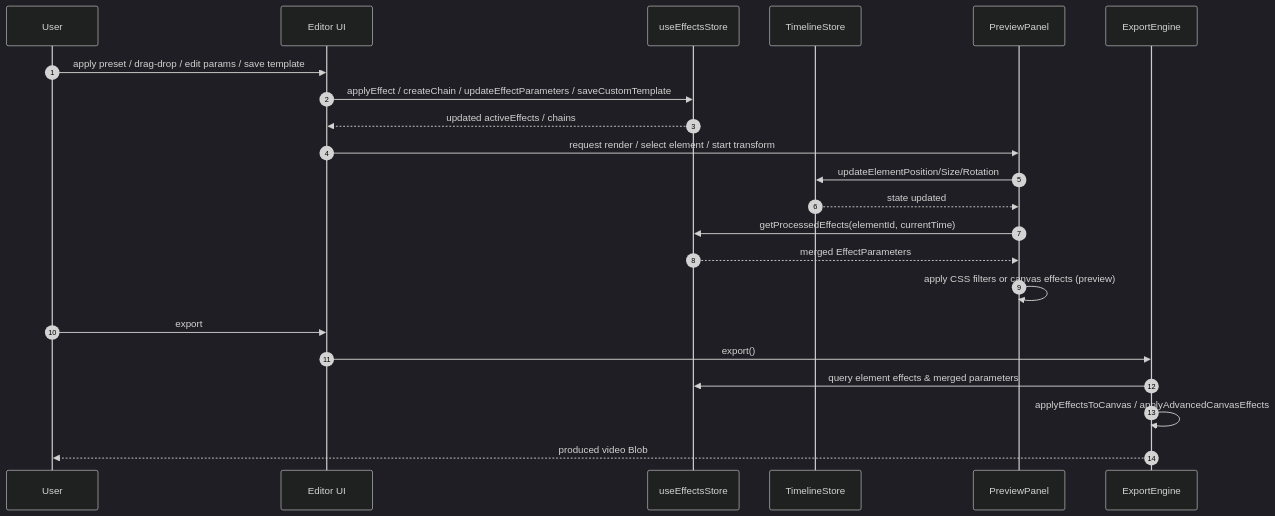
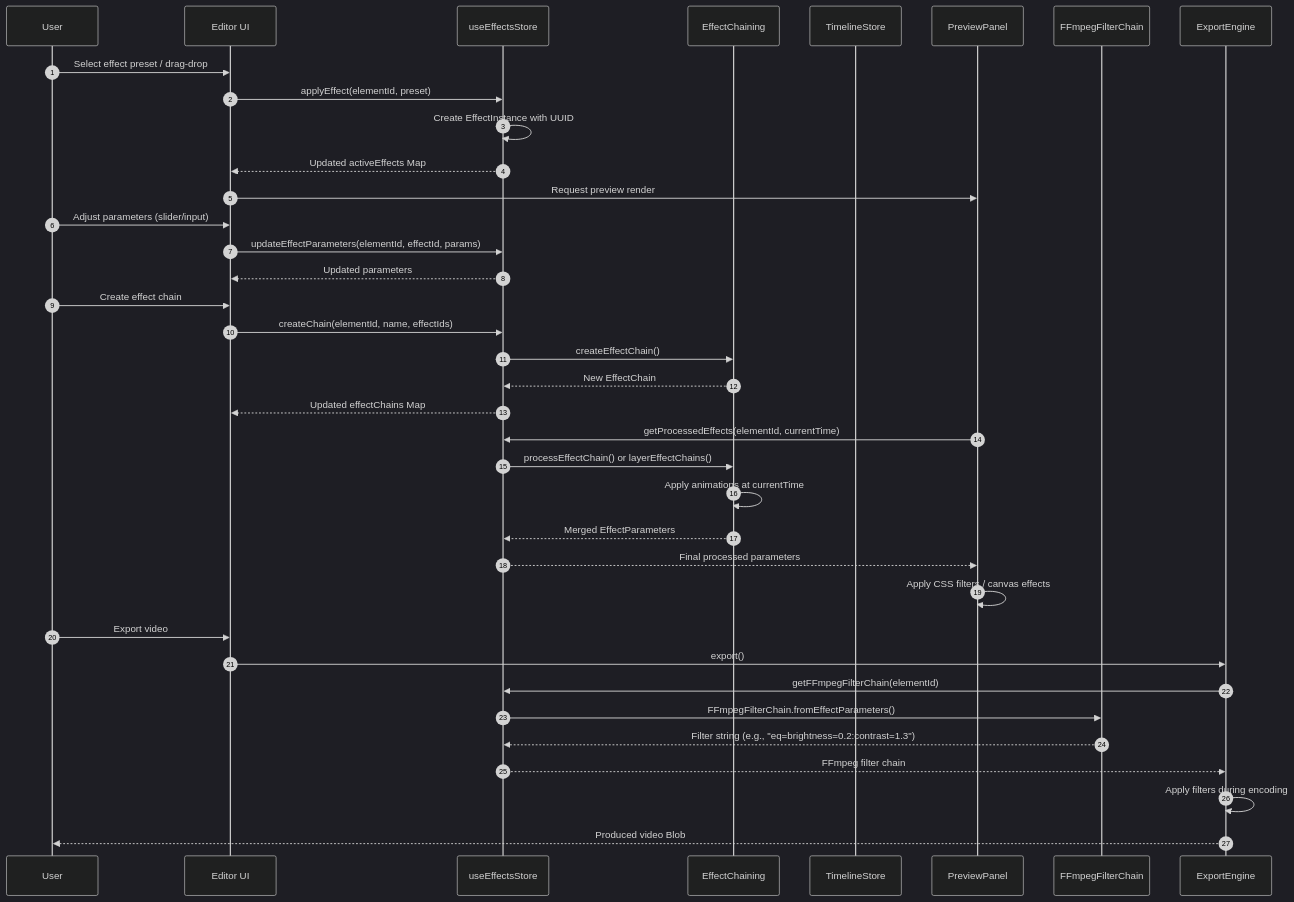
Before and after one commit to Quriosity-agent/qcut: the diagram in qcut/docs/technical/effects-workflow-sequence.md, drawn with Mermaid (dark theme). The commit also changed other lines of this file and 3 other files, not shown here.

````diff
--- a/qcut/docs/technical/effects-workflow-sequence.md
+++ b/qcut/docs/technical/effects-workflow-sequence.md
@@ -8,25 +33,49 @@
 ```mermaid
 sequenceDiagram
   autonumber
   participant U as User
   participant UI as Editor UI
   participant ES as useEffectsStore
+  participant EC as EffectChaining
   participant TS as TimelineStore
   participant PV as PreviewPanel
+  participant FF as FFmpegFilterChain
   participant EX as ExportEngine
 
-  U->>UI: apply preset / drag-drop / edit params / save template
-  UI->>ES: applyEffect / createChain / updateEffectParameters / saveCustomTemplate
-  ES-->>UI: updated activeEffects / chains
-  UI->>PV: request render / select element / start transform
-  PV->>TS: updateElementPosition/Size/Rotation
-  TS-->>PV: state updated
+  %% Effect Application
+  U->>UI: Select effect preset / drag-drop
+  UI->>ES: applyEffect(elementId, preset)
+  ES->>ES: Create EffectInstance with UUID
+  ES-->>UI: Updated activeEffects Map
+  UI->>PV: Request preview render
+
+  %% Effect Parameter Updates
+  U->>UI: Adjust parameters (slider/input)
+  UI->>ES: updateEffectParameters(elementId, effectId, params)
+  ES-->>UI: Updated parameters
+
+  %% Effect Chaining
+  U->>UI: Create effect chain
+  UI->>ES: createChain(elementId, name, effectIds)
+  ES->>EC: createEffectChain()
+  EC-->>ES: New EffectChain
+  ES-->>UI: Updated effectChains Map
+
+  %% Preview Rendering
   PV->>ES: getProcessedEffects(elementId, currentTime)
-  ES-->>PV: merged EffectParameters
-  PV->>PV: apply CSS filters or canvas effects (preview)
-  U->>UI: export
+  ES->>EC: processEffectChain() or layerEffectChains()
+  EC->>EC: Apply animations at currentTime
+  EC-->>ES: Merged EffectParameters
+  ES-->>PV: Final processed parameters
+  PV->>PV: Apply CSS filters / canvas effects
+
+  %% Export Flow
+  U->>UI: Export video
   UI->>EX: export()
-  EX->>ES: query element effects & merged parameters
-  EX->>EX: applyEffectsToCanvas / applyAdvancedCanvasEffects
-  EX-->>U: produced video Blob
+  EX->>ES: getFFmpegFilterChain(elementId)
+  ES->>FF: FFmpegFilterChain.fromEffectParameters()
+  FF-->>ES: Filter string (e.g., "eq=brightness=0.2:contrast=1.3")
+  ES-->>EX: FFmpeg filter chain
+  EX->>EX: Apply filters during encoding
+  EX-->>U: Produced video Blob
 ```
````
